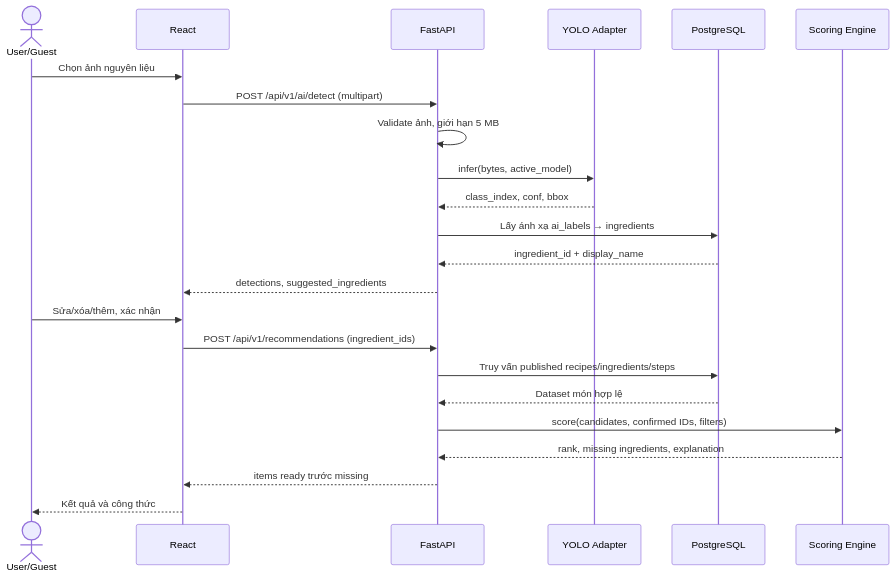
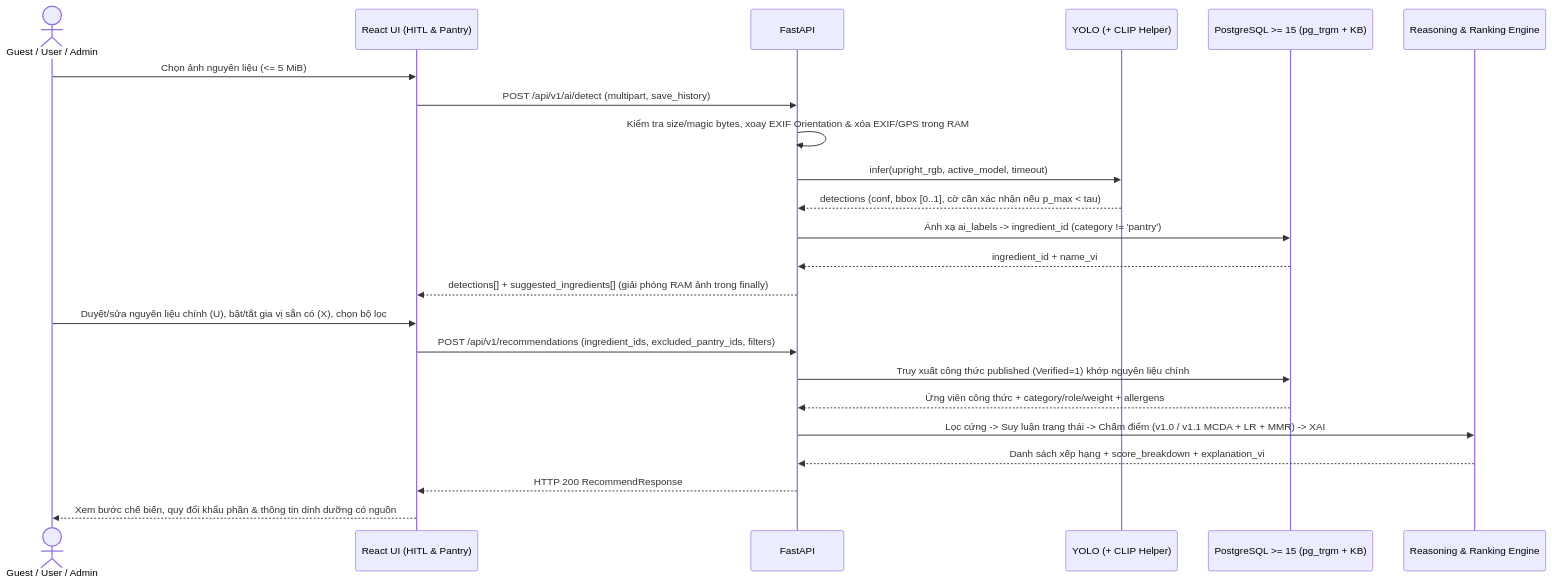
The second of 2 diagrams in docs/02-architecture/system-architecture.md (phongg2905/foodVision-AI), drawn with Mermaid before and after one commit. The commit also changed other lines of this file and 31 other files, not shown here.

First line of the commit message:
docs: align specifications with 14-component intelligent architecture

````diff
--- a/docs/02-architecture/system-architecture.md
+++ b/docs/02-architecture/system-architecture.md
@@ -38,25 +54,25 @@
 ```mermaid
 sequenceDiagram
-    actor U as User/Guest
-    participant F as React
+    actor U as Guest / User / Admin
+    participant F as React UI (HITL & Pantry)
     participant B as FastAPI
-    participant A as YOLO Adapter
-    participant D as PostgreSQL
-    participant R as Scoring Engine
-    U->>F: Chọn ảnh nguyên liệu
-    F->>B: POST /api/v1/ai/detect (multipart)
-    B->>B: Validate ảnh, giới hạn 5 MB
-    B->>A: infer(bytes, active_model)
-    A-->>B: class_index, conf, bbox
-    B->>D: Lấy ánh xạ ai_labels → ingredients
-    D-->>B: ingredient_id + display_name
-    B-->>F: detections, suggested_ingredients
-    U->>F: Sửa/xóa/thêm, xác nhận
-    F->>B: POST /api/v1/recommendations (ingredient_ids)
-    B->>D: Truy vấn published recipes/ingredients/steps
-    D-->>B: Dataset món hợp lệ
-    B->>R: score(candidates, confirmed IDs, filters)
-    R-->>B: rank, missing ingredients, explanation
-    B-->>F: items ready trước missing
-    F-->>U: Kết quả và công thức
+    participant A as YOLO (+ CLIP Helper)
+    participant D as PostgreSQL >= 15 (pg_trgm + KB)
+    participant R as Reasoning & Ranking Engine
+    U->>F: Chọn ảnh nguyên liệu (<= 5 MiB)
+    F->>B: POST /api/v1/ai/detect (multipart, save_history)
+    B->>B: Kiểm tra size/magic bytes, xoay EXIF Orientation & xóa EXIF/GPS trong RAM
+    B->>A: infer(upright_rgb, active_model, timeout)
+    A-->>B: detections (conf, bbox [0..1], cờ cần xác nhận nếu p_max < tau)
+    B->>D: Ánh xạ ai_labels -> ingredient_id (category != 'pantry')
+    D-->>B: ingredient_id + name_vi
+    B-->>F: detections[] + suggested_ingredients[] (giải phóng RAM ảnh trong finally)
+    U->>F: Duyệt/sửa nguyên liệu chính (U), bật/tắt gia vị sẵn có (X), chọn bộ lọc
+    F->>B: POST /api/v1/recommendations (ingredient_ids, excluded_pantry_ids, filters)
+    B->>D: Truy xuất công thức published (Verified=1) khớp nguyên liệu chính
+    D-->>B: Ứng viên công thức + category/role/weight + allergens
+    B->>R: Lọc cứng -> Suy luận trạng thái -> Chấm điểm (v1.0 / v1.1 MCDA + LR + MMR) -> XAI
+    R-->>B: Danh sách xếp hạng + score_breakdown + explanation_vi
+    B-->>F: HTTP 200 RecommendResponse
+    F-->>U: Xem bước chế biến, quy đổi khẩu phần & thông tin dinh dưỡng có nguồn
 ```
````
